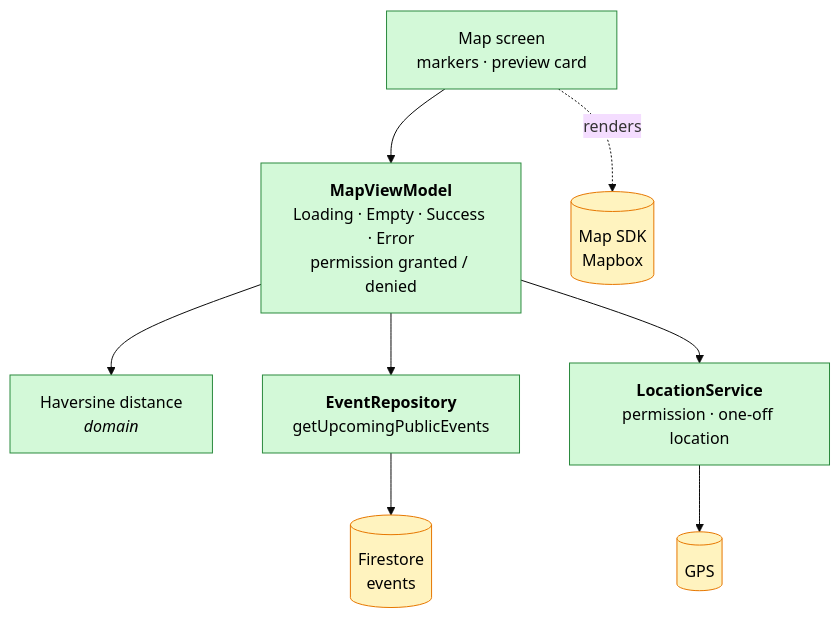
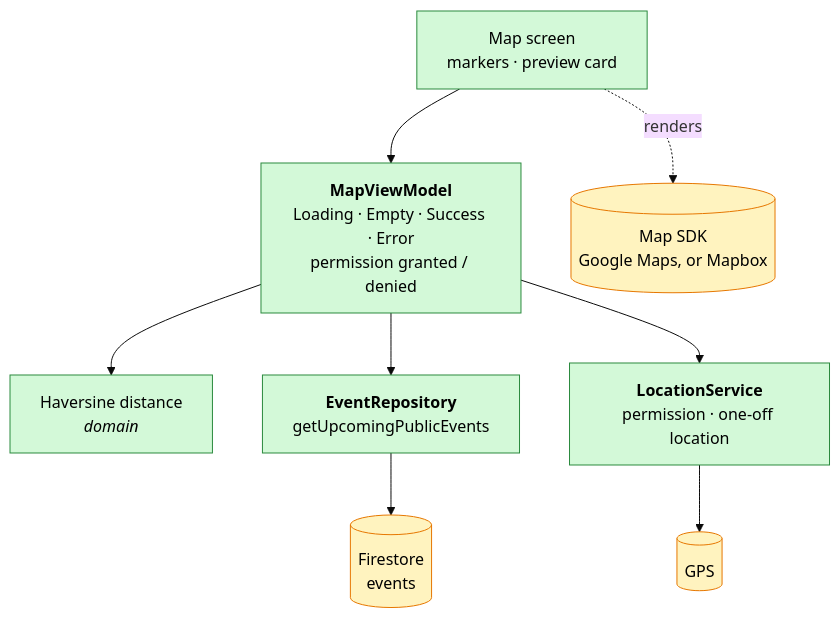
The fourth of 11 diagrams in docs/Architecture-Diagram.md (swent-polysocial/PolySocial), drawn with Mermaid (base theme) before and after one commit. The commit also changed other lines of this file and 7 other files, not shown here.

````diff
--- a/docs/Architecture-Diagram.md
+++ b/docs/Architecture-Diagram.md
@@ -134,13 +134,13 @@
 ```mermaid
 flowchart TB
   classDef s1 fill:#d3f9d8,stroke:#2b8a3e,color:#000
   classDef ext fill:#fff3bf,stroke:#e67700,color:#000
 
   mapS["Map screen<br/>markers · preview card"]:::s1 --> mapVM["<b>MapViewModel</b><br/>Loading · Empty · Success · Error<br/>permission granted / denied"]:::s1
-  mapS -. renders .-> maps[("Map SDK<br/>Mapbox")]:::ext
+  mapS -. renders .-> maps[("Map SDK<br/>Google Maps, or Mapbox")]:::ext
   mapVM --> dist["Haversine distance<br/><i>domain</i>"]:::s1
   mapVM --> ev["<b>EventRepository</b><br/>getUpcomingPublicEvents"]:::s1
   mapVM --> loc["<b>LocationService</b><br/>permission · one-off location"]:::s1
   ev --> fs[("Firestore<br/>events")]:::ext
   loc --> gps[("GPS")]:::ext
 ```
````
